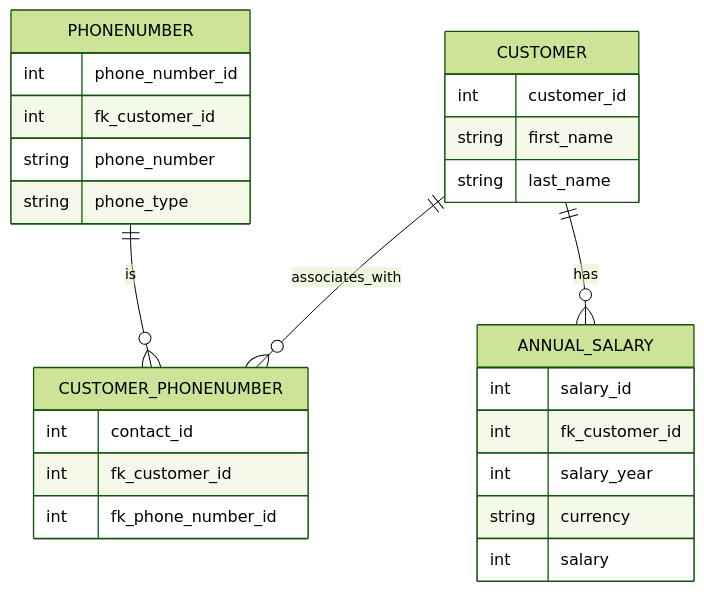
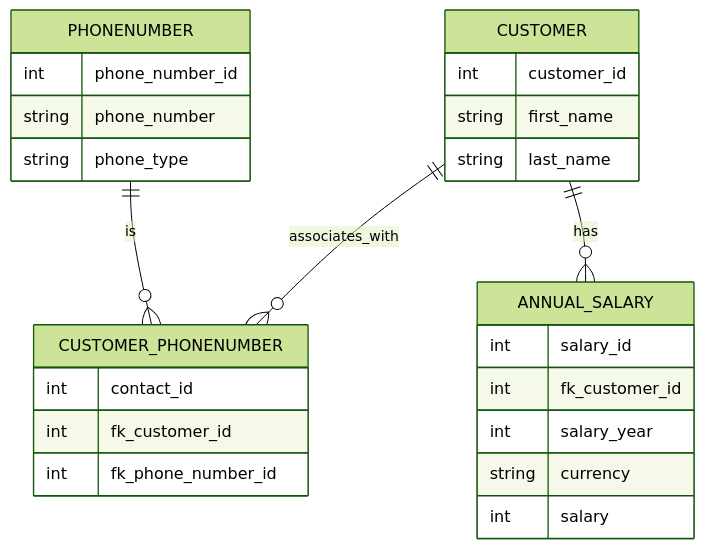
Before and after one commit to sourander/data-alustat: the second of 2 diagrams in docs/data_alustat/historia.md, drawn with Mermaid (forest theme). The commit also changed other lines of this file, not shown here.

Commit message:
Removed SQL mistakes

````diff
--- a/docs/data_alustat/historia.md
+++ b/docs/data_alustat/historia.md
@@ -68,33 +67,32 @@
 ```mermaid
 erDiagram
     CUSTOMER ||--o{ CUSTOMER_PHONENUMBER : associates_with
     PHONENUMBER ||--o{ CUSTOMER_PHONENUMBER : is
     CUSTOMER ||--o{ ANNUAL_SALARY : has
 
     CUSTOMER {
         int    customer_id
         string first_name
         string last_name
     }
 
     CUSTOMER_PHONENUMBER {
         int    contact_id
         int    fk_customer_id
         int    fk_phone_number_id
     }
     
     PHONENUMBER {
         int    phone_number_id
-        int    fk_customer_id
         string phone_number
         string phone_type
     }
 
     ANNUAL_SALARY {
         int    salary_id
         int    fk_customer_id
         int    salary_year
         string currency
         int    salary
     }
 ```
````
